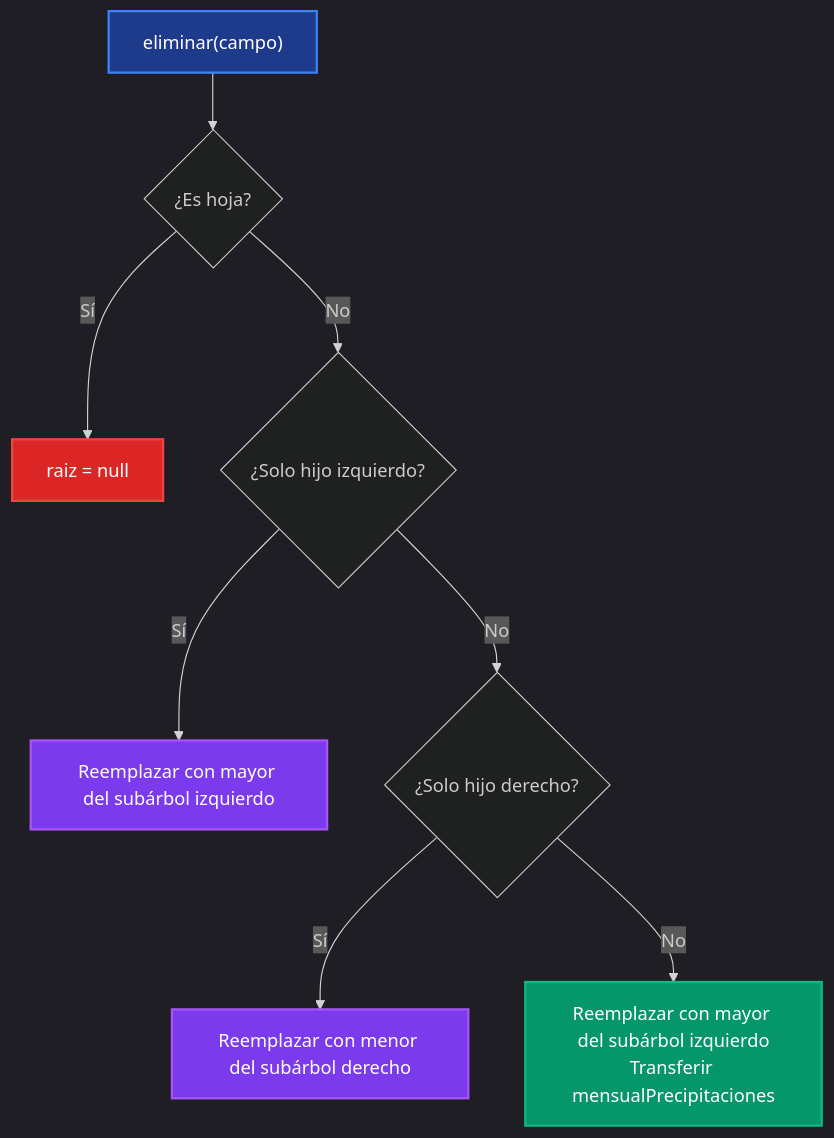
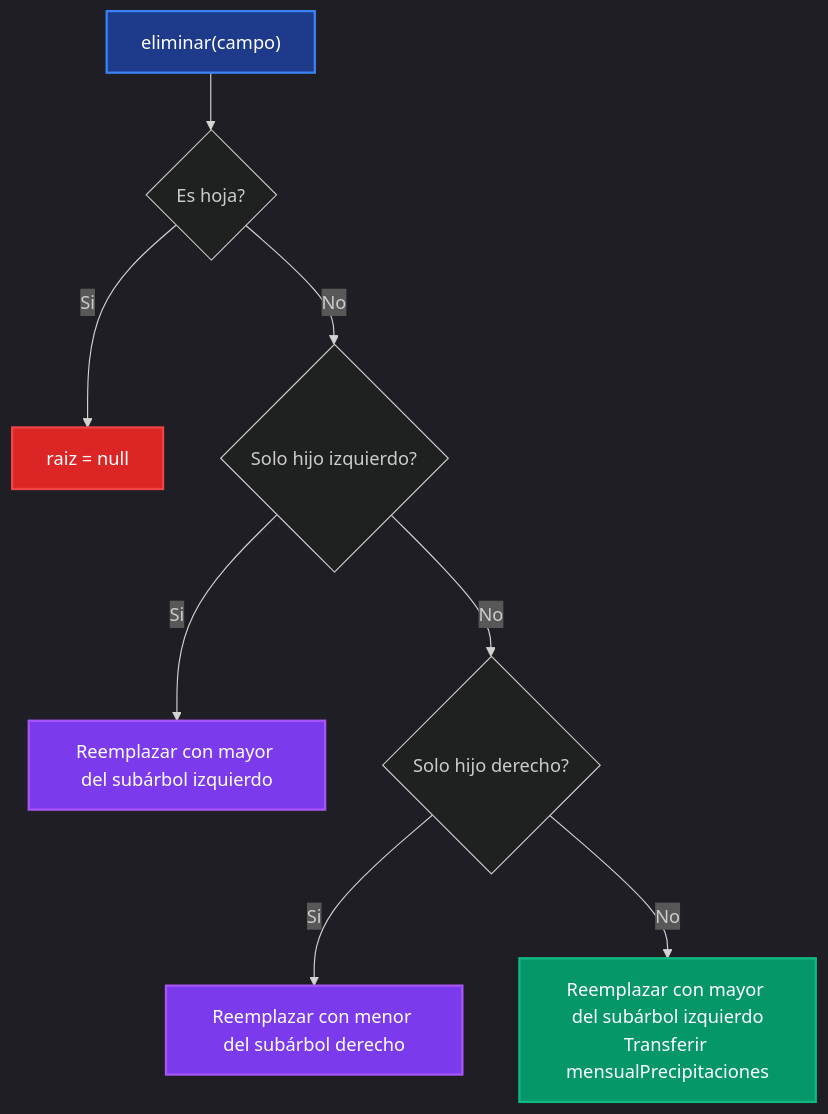
Before and after one commit to pybalt/algo2: the fifth of 17 diagrams in tp-final/README_IMPLEMENTACIONES.md, drawn with Mermaid. The commit also changed other lines of this file, not shown here.

Commit message:
Update README_IMPLEMENTACIONES.md to improve diagram clarity by standardizing question labels in flowcharts and enhancing consistency in Spanish terminology.

````diff
--- a/tp-final/README_IMPLEMENTACIONES.md
+++ b/tp-final/README_IMPLEMENTACIONES.md
@@ -116,17 +116,17 @@
 ```mermaid
 %%{init: {'theme':'dark'}}%%
 flowchart TD
-    A["eliminar(campo)"] --> B{¿Es hoja?}
-    B -->|Sí| C["raiz = null"]
-    B -->|No| D{¿Solo hijo izquierdo?}
-    D -->|Sí| E["Reemplazar con mayor del subárbol izquierdo"]
-    D -->|No| F{¿Solo hijo derecho?}
-    F -->|Sí| G["Reemplazar con menor del subárbol derecho"]
+    A["eliminar(campo)"] --> B{"Es hoja?"}
+    B -->|Si| C["raiz = null"]
+    B -->|No| D{"Solo hijo izquierdo?"}
+    D -->|Si| E["Reemplazar con mayor del subárbol izquierdo"]
+    D -->|No| F{"Solo hijo derecho?"}
+    F -->|Si| G["Reemplazar con menor del subárbol derecho"]
     F -->|No| H["Reemplazar con mayor del subárbol izquierdo<br/>Transferir mensualPrecipitaciones"]
     
     style A fill:#1e3a8a,stroke:#3b82f6,stroke-width:2px,color:#fff
     style C fill:#dc2626,stroke:#ef4444,stroke-width:2px,color:#fff
     style E fill:#7c3aed,stroke:#a855f7,stroke-width:2px,color:#fff
     style G fill:#7c3aed,stroke:#a855f7,stroke-width:2px,color:#fff
     style H fill:#059669,stroke:#10b981,stroke-width:2px,color:#fff
 ```
````
